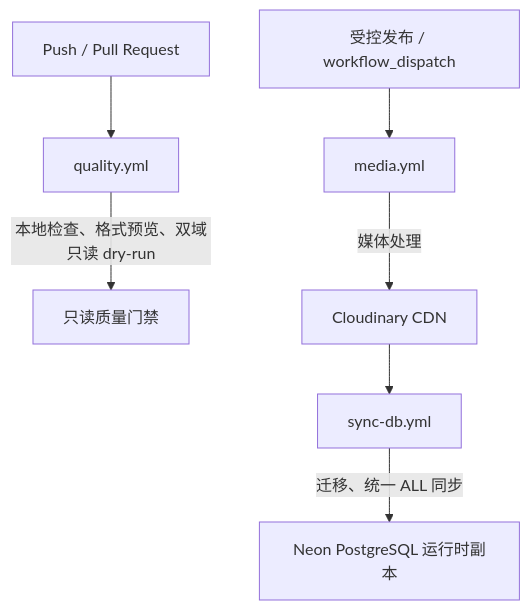
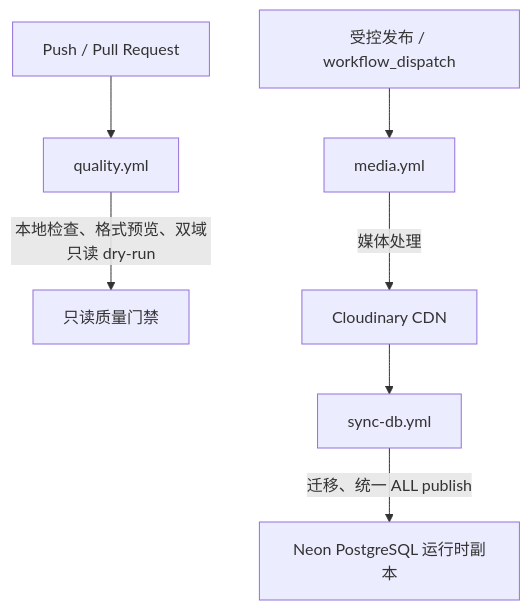
One commit to deadlyedge/zickme-blog changed the diagram in .github/README.md. Above: the diagram before and after it, drawn with Mermaid. The commit also changed other lines of this file and 13 other files, not shown here.

````diff
--- a/.github/README.md
+++ b/.github/README.md
@@ -11,9 +11,9 @@
 ```mermaid
 graph TD
     A[Push / Pull Request] --> Q[quality.yml]
     Q -->|本地检查、格式预览、双域只读 dry-run| R[只读质量门禁]
     P[受控发布 / workflow_dispatch] --> M[media.yml]
     M -->|媒体处理| C[Cloudinary CDN]
     C --> S[sync-db.yml]
-    S -->|迁移、统一 ALL 同步| E[Neon PostgreSQL 运行时副本]
+    S -->|迁移、统一 ALL publish| E[Neon PostgreSQL 运行时副本]
 ```
````
